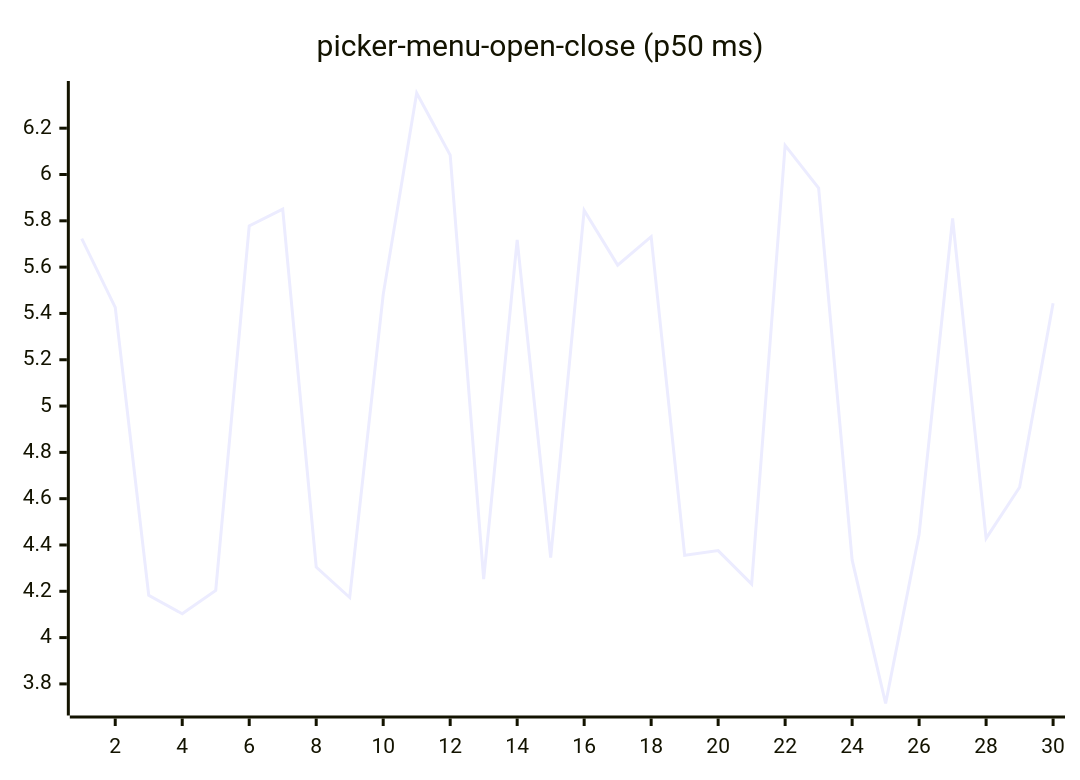
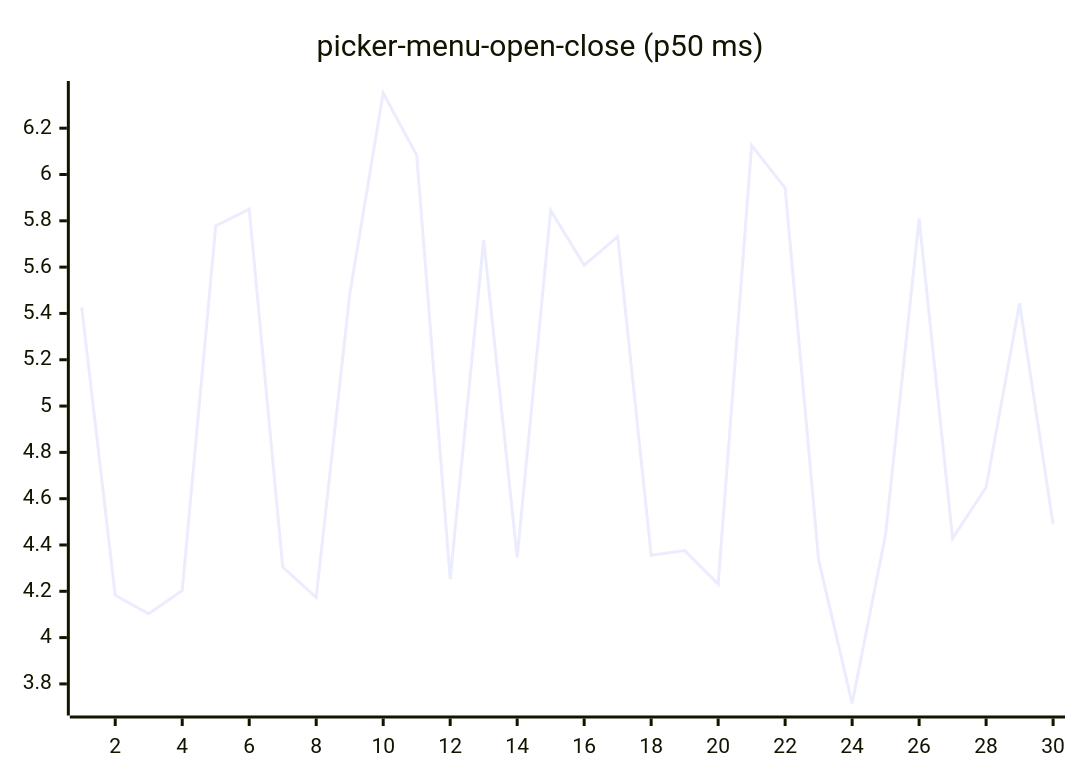
Before and after one commit to josha/Facet: diagram 16 of 27 in README.md, drawn with Mermaid. The commit also changed other lines of this file and 2 other files, not shown here.

````diff
--- a/README.md
+++ b/README.md
@@ -168,6 +168,6 @@
 ```mermaid
 xychart-beta
     title "picker-menu-open-close (p50 ms)"
     x-axis 1 --> 30
-    line [5.7230, 5.4264, 4.1828, 4.1028, 4.2034, 5.7775, 5.8503, 4.3049, 4.1731, 5.4814, 6.3520, 6.0839, 4.2522, 5.7175, 4.3452, 5.8449, 5.6085, 5.7317, 4.3559, 4.3756, 4.2307, 6.1258, 5.9413, 4.3353, 3.7154, 4.4466, 5.8101, 4.4287, 4.6495, 5.4442]
+    line [5.4264, 4.1828, 4.1028, 4.2034, 5.7775, 5.8503, 4.3049, 4.1731, 5.4814, 6.3520, 6.0839, 4.2522, 5.7175, 4.3452, 5.8449, 5.6085, 5.7317, 4.3559, 4.3756, 4.2307, 6.1258, 5.9413, 4.3353, 3.7154, 4.4466, 5.8101, 4.4287, 4.6495, 5.4442, 4.4899]
 ```
````
